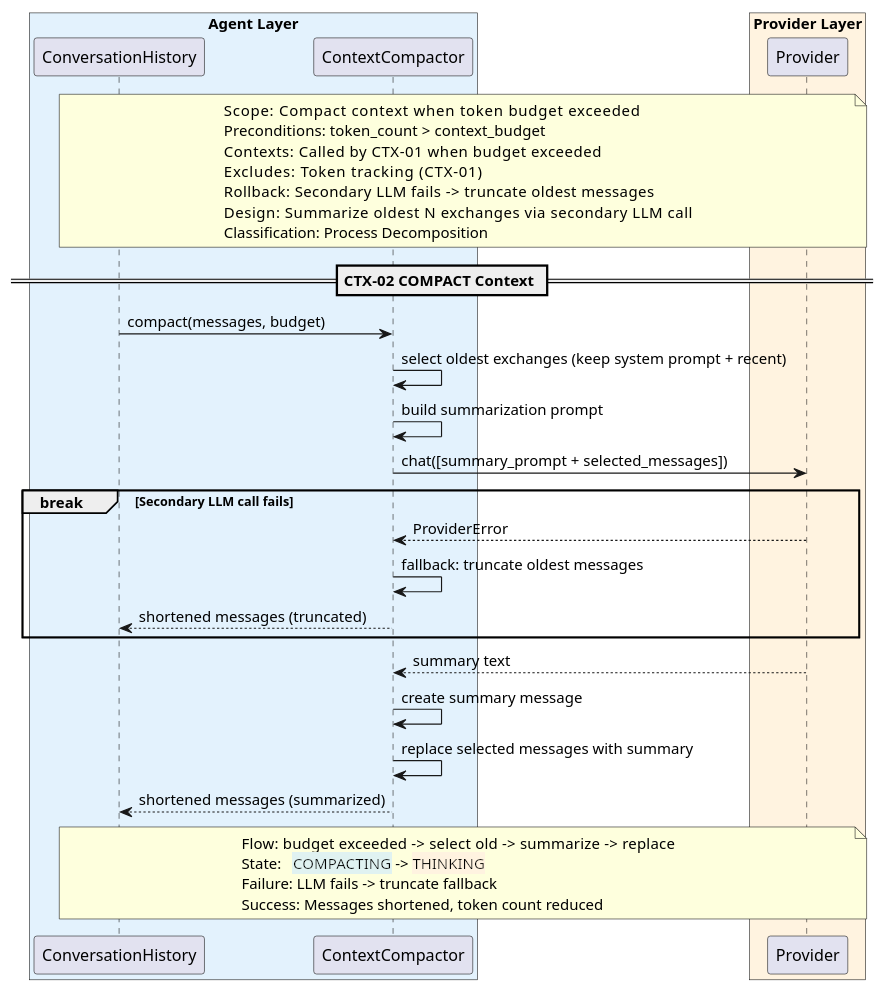
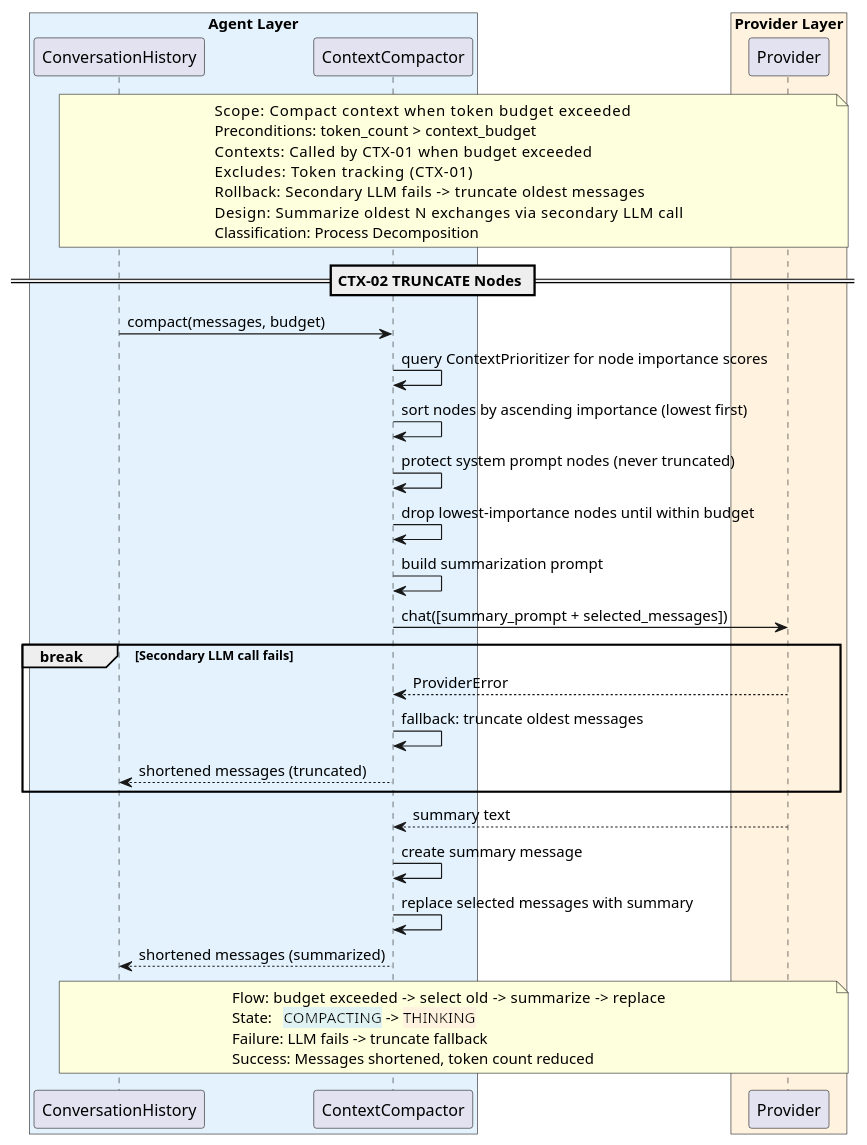
The diagram in docs/SQ/CTX/sq_ctx02_compact_context.puml (salimnamvar/nasim), drawn with PlantUML before and after one commit. The commit also changed 18 other files, not shown here.

Commit message:
docs: Update component diagrams and API documentation for improved clarity and structure

```diff
--- a/docs/SQ/CTX/sq_ctx02_compact_context.puml
+++ b/docs/SQ/CTX/sq_ctx02_compact_context.puml
@@ -1,56 +1,59 @@
 @startuml sq_ctx02_compact_context
 ' ============================================================
 ' Title:     CTX-02 — COMPACT Context
 ' Boundary:  nasim code agent CLI
 ' Purpose:   Compact context when token budget exceeded
 ' Milestone: v1.0
 ' Version:   2.0.0
 ' Source:    docs/UC/README.md
 ' Review:    —
 ' ============================================================
 
 box "Agent Layer" #E3F2FD
   participant "ConversationHistory" as history
   participant "ContextCompactor" as compactor
 end box
 box "Provider Layer" #FFF3E0
   participant "Provider" as provider
 end box
 
 note over history, provider
   Scope:          Compact context when token budget exceeded
   Preconditions:  token_count > context_budget
   Contexts:       Called by CTX-01 when budget exceeded
   Excludes:       Token tracking (CTX-01)
   Rollback:       Secondary LLM fails -> truncate oldest messages
   Design:         Summarize oldest N exchanges via secondary LLM call
   Classification: Process Decomposition
 end note
 
-== CTX-02 COMPACT Context ==
+== CTX-02 TRUNCATE Nodes ==
 
 history -> compactor : compact(messages, budget)
-compactor -> compactor : select oldest exchanges (keep system prompt + recent)
+compactor -> compactor : query ContextPrioritizer for node importance scores
+compactor -> compactor : sort nodes by ascending importance (lowest first)
+compactor -> compactor : protect system prompt nodes (never truncated)
+compactor -> compactor : drop lowest-importance nodes until within budget
 compactor -> compactor : build summarization prompt
 
 compactor -> provider : chat([summary_prompt + selected_messages])
 
 break Secondary LLM call fails
     provider --> compactor : ProviderError
     compactor -> compactor : fallback: truncate oldest messages
     compactor --> history : shortened messages (truncated)
 end
 
 provider --> compactor : summary text
 compactor -> compactor : create summary message
 compactor -> compactor : replace selected messages with summary
 compactor --> history : shortened messages (summarized)
 
 note over history, provider
   Flow:    budget exceeded -> select old -> summarize -> replace
   State:   <back:#E0F2F1>COMPACTING</back> -> <back:#FFF3E0>THINKING</back>
   Failure: LLM fails -> truncate fallback
   Success: Messages shortened, token count reduced
 end note
 
 @enduml
```
